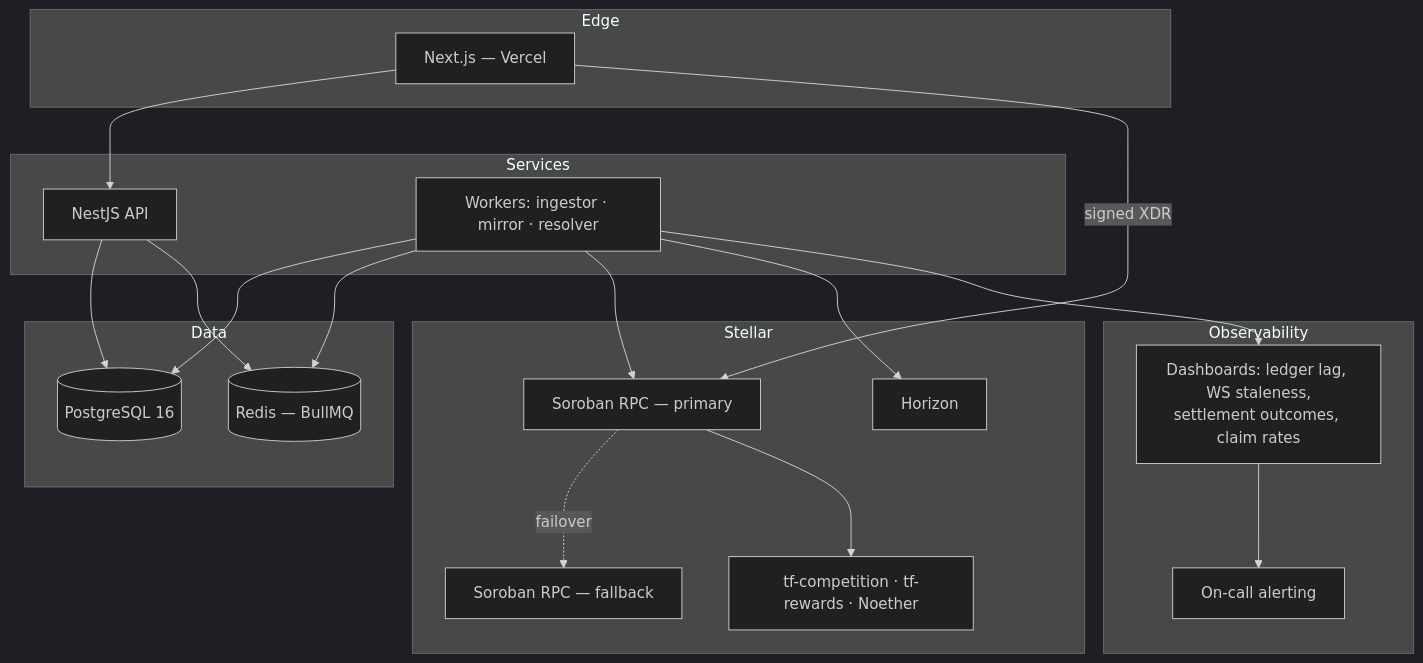
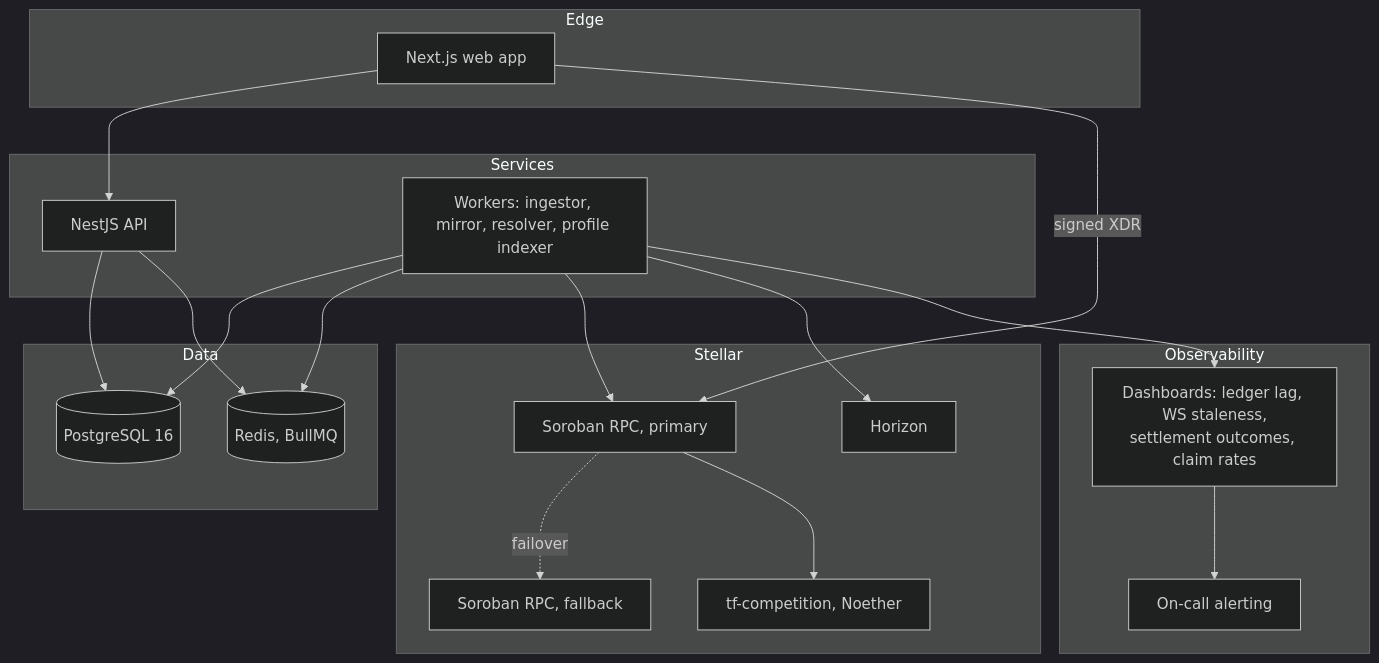
The seventh of 7 diagrams in docs/ARCHITECTURE.md (tradefighters/stellar-integration), drawn with Mermaid (dark theme) before and after one commit. The commit also changed other lines of this file and 6 other files, not shown here.

````diff
--- a/docs/ARCHITECTURE.md
+++ b/docs/ARCHITECTURE.md
@@ -309,40 +444,40 @@
 ```mermaid
 flowchart TB
     subgraph edge["Edge"]
-        WEB["Next.js — Vercel"]
+        WEB["Next.js web app"]
     end
 
     subgraph svc["Services"]
         API["NestJS API"]
-        WRK["Workers: ingestor · mirror · resolver"]
+        WRK["Workers: ingestor, mirror, resolver, profile indexer"]
     end
 
     subgraph data["Data"]
         PG[("PostgreSQL 16")]
-        RD[("Redis — BullMQ")]
+        RD[("Redis, BullMQ")]
     end
 
     subgraph obs["Observability"]
         MON["Dashboards: ledger lag, WS staleness,<br/>settlement outcomes, claim rates"]
         ALERT["On-call alerting"]
     end
 
     subgraph net["Stellar"]
-        RPC1["Soroban RPC — primary"]
-        RPC2["Soroban RPC — fallback"]
+        RPC1["Soroban RPC, primary"]
+        RPC2["Soroban RPC, fallback"]
         HOR["Horizon"]
-        CH["tf-competition · tf-rewards · Noether"]
+        CH["tf-competition, Noether"]
     end
 
     WEB --> API
     WEB -->|"signed XDR"| RPC1
     API --> PG
     API --> RD
     WRK --> PG
     WRK --> RD
     WRK --> RPC1
     RPC1 -.failover.-> RPC2
     WRK --> HOR
     RPC1 --> CH
     WRK --> MON --> ALERT
 ```
````
